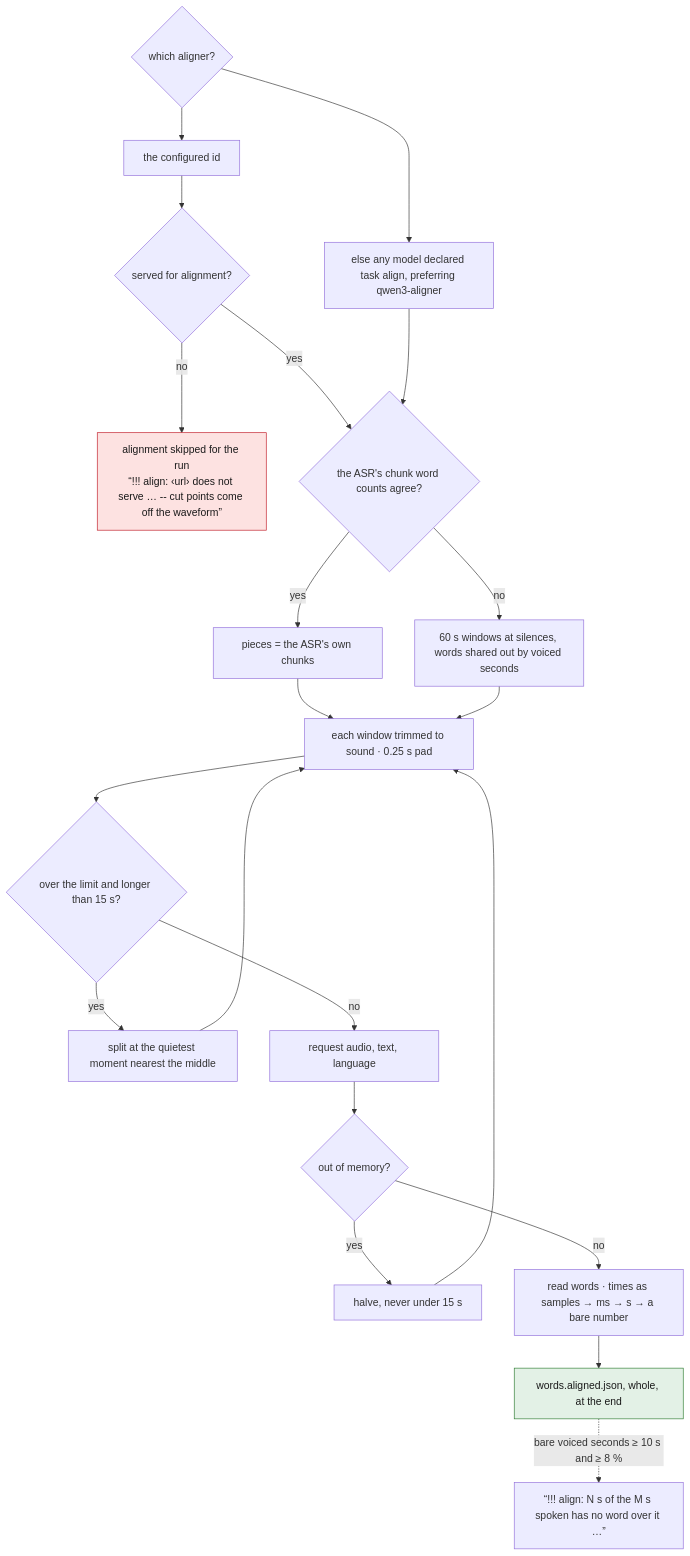
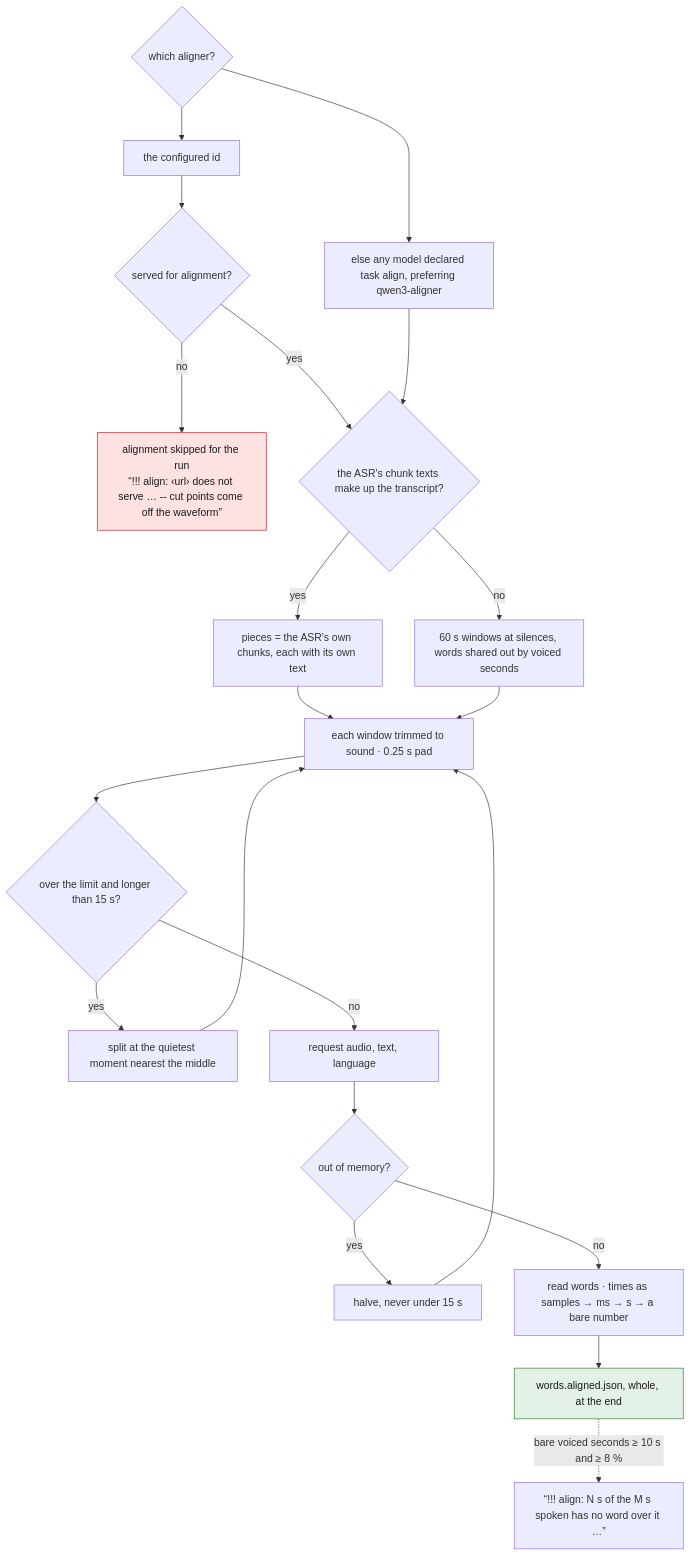
One commit to tbocek/naivepost changed the fifth of 12 diagrams in spec/04-prepare.md. Above: the diagram before and after it, drawn with Mermaid. The commit also changed other lines of this file and 79 other files, not shown here.

````diff
--- a/spec/04-prepare.md
+++ b/spec/04-prepare.md
@@ -142,24 +142,24 @@
 ```mermaid
 flowchart TD
   A{"which aligner?"} --> C1["the configured id"]
   A --> C2["else any model declared task align, preferring qwen3-aligner"]
   C1 --> SV{"served for alignment?"}
   SV -- no --> SKIP["alignment skipped for the run<br/>“!!! align: ‹url› does not serve … -- cut points come off the waveform”"]:::refuse
   SV -- yes --> P
-  C2 --> P{"the ASR's chunk word counts agree?"}
-  P -- yes --> PA["pieces = the ASR's own chunks"]
+  C2 --> P{"the ASR's chunk texts make up the transcript?"}
+  P -- yes --> PA["pieces = the ASR's own chunks, each with its own text"]
   P -- no --> PB["60 s windows at silences, words shared out by voiced seconds"]
   PA --> TR
   PB --> TR["each window trimmed to sound · 0.25 s pad"]
   TR --> BIG{"over the limit and longer than 15 s?"}
   BIG -- yes --> SPL["split at the quietest moment nearest the middle"] --> TR
   BIG -- no --> RQ["request audio, text, language"]
   RQ --> OOM{"out of memory?"}
   OOM -- yes --> HALF["halve, never under 15 s"] --> TR
   OOM -- no --> RD["read words · times as samples → ms → s → a bare number"]
   RD --> W["words.aligned.json, whole, at the end"]:::done
   W -. bare voiced seconds ≥ 10 s and ≥ 8 % .-> WARN["“!!! align: N s of the M s spoken has no word over it …”"]
   classDef refuse fill:#fde2e1,stroke:#c01c28,color:#1a1a1a
   classDef done fill:#e3f1e6,stroke:#2e7d32,color:#1a1a1a
   classDef ask fill:#e8eefc,stroke:#3a63c8,color:#1a1a1a
 ```
````
